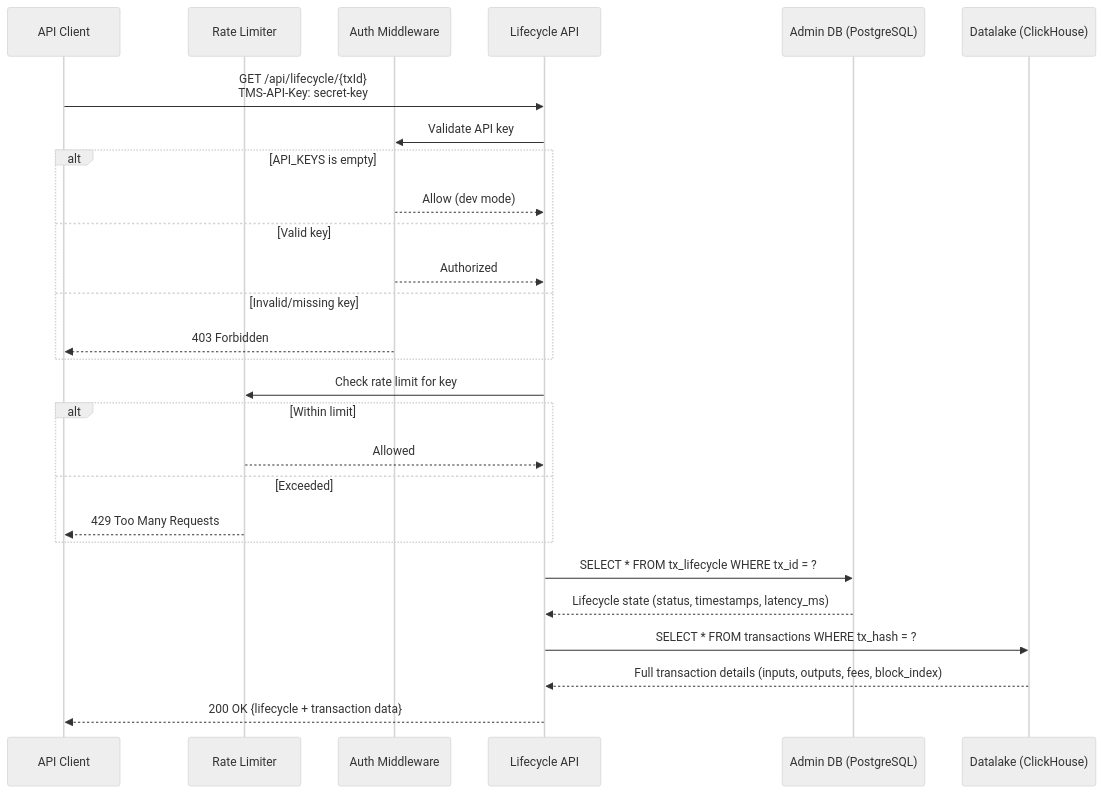
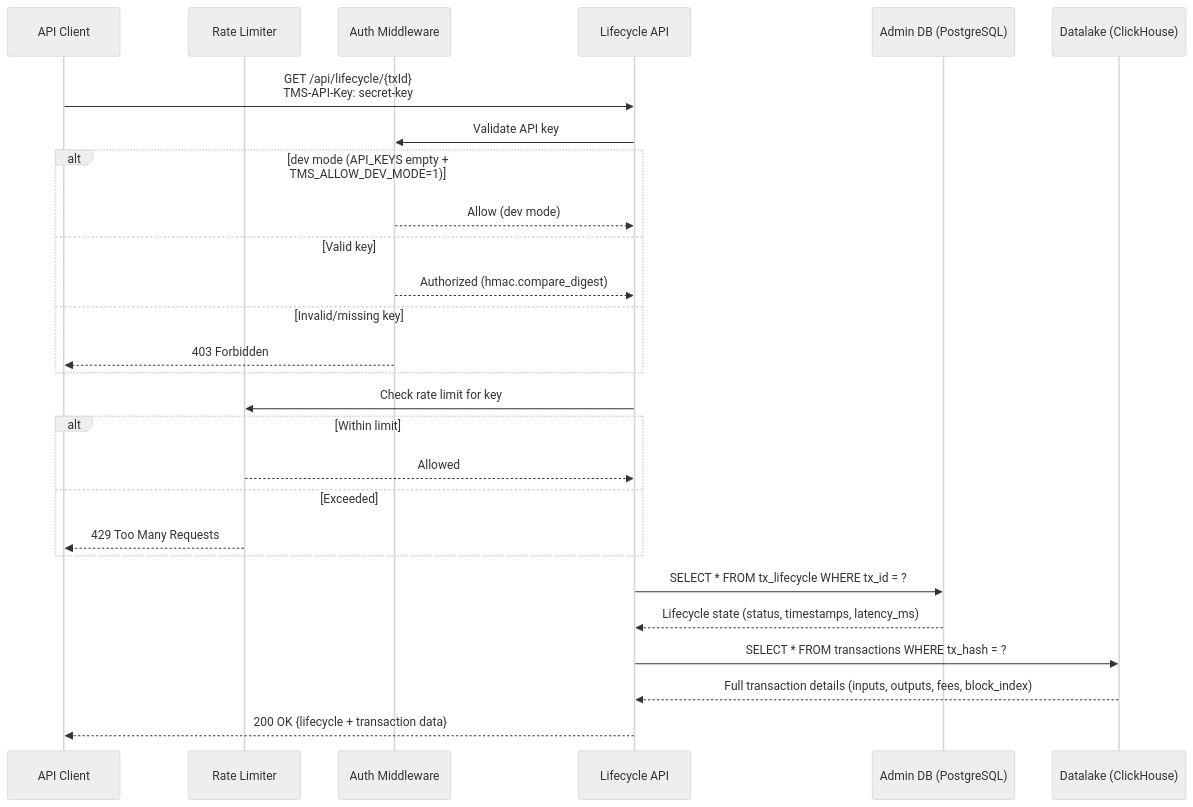
The sixth of 7 diagrams in docs/C4-ARCHITECTURE.md (input-output-hk/TransactionMonitoringSystem), drawn with Mermaid (neutral theme) before and after one commit. The commit also changed other lines of this file and 48 other files, not shown here.

````diff
--- a/docs/C4-ARCHITECTURE.md
+++ b/docs/C4-ARCHITECTURE.md
@@ -246,30 +246,30 @@
 ```mermaid
 sequenceDiagram
     participant Client as API Client
     participant RL as Rate Limiter
     participant Auth as Auth Middleware
     participant API as Lifecycle API
     participant PG as Admin DB (PostgreSQL)
     participant CH as Datalake (ClickHouse)
 
     Client->>API: GET /api/lifecycle/{txId}<br/>TMS-API-Key: secret-key
     API->>Auth: Validate API key
-    alt API_KEYS is empty
+    alt dev mode (API_KEYS empty + TMS_ALLOW_DEV_MODE=1)
         Auth-->>API: Allow (dev mode)
     else Valid key
-        Auth-->>API: Authorized
+        Auth-->>API: Authorized (hmac.compare_digest)
     else Invalid/missing key
         Auth-->>Client: 403 Forbidden
     end
     API->>RL: Check rate limit for key
     alt Within limit
         RL-->>API: Allowed
     else Exceeded
         RL-->>Client: 429 Too Many Requests
     end
     API->>PG: SELECT * FROM tx_lifecycle WHERE tx_id = ?
     PG-->>API: Lifecycle state (status, timestamps, latency_ms)
     API->>CH: SELECT * FROM transactions WHERE tx_hash = ?
     CH-->>API: Full transaction details (inputs, outputs, fees, block_index)
     API-->>Client: 200 OK {lifecycle + transaction data}
 ```
````
